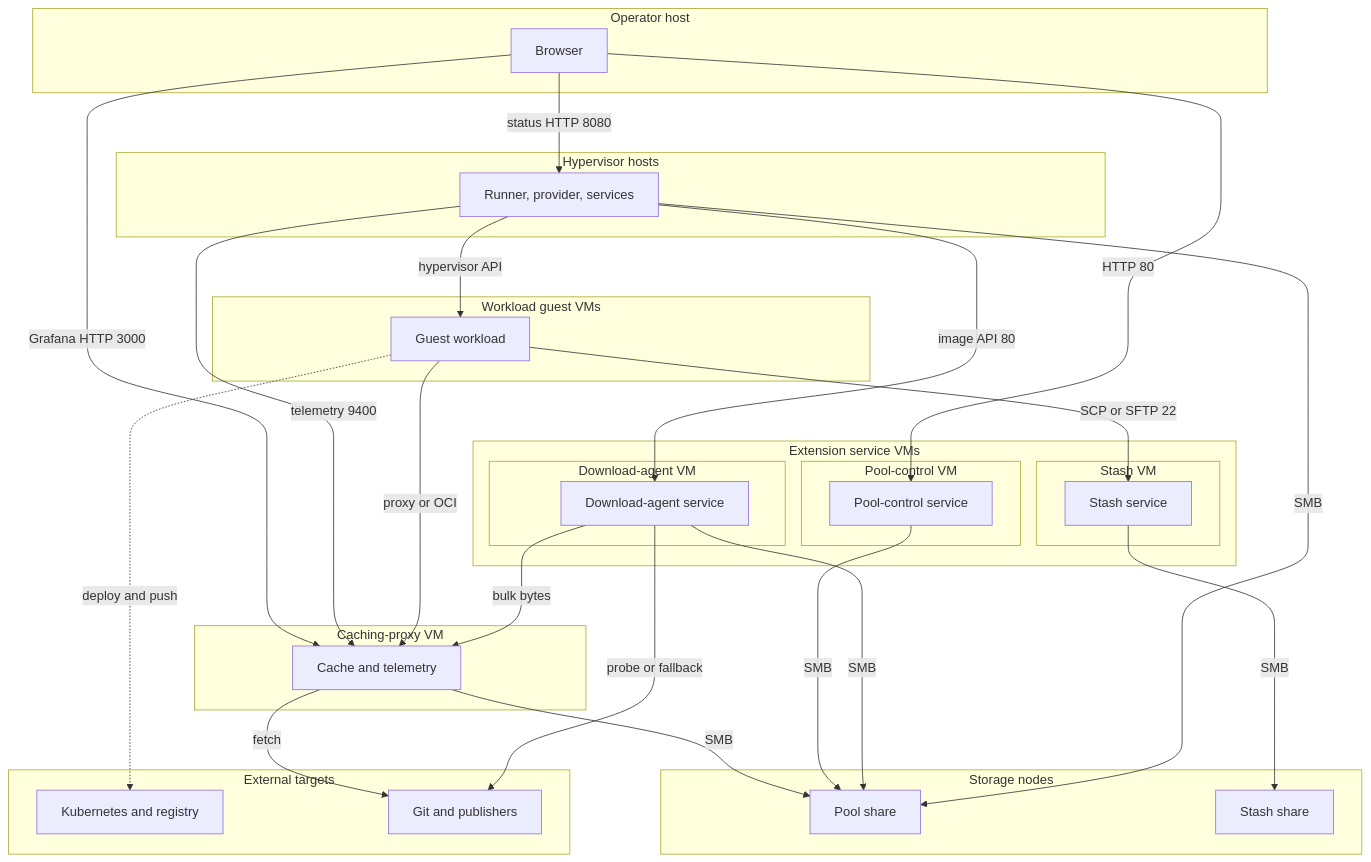
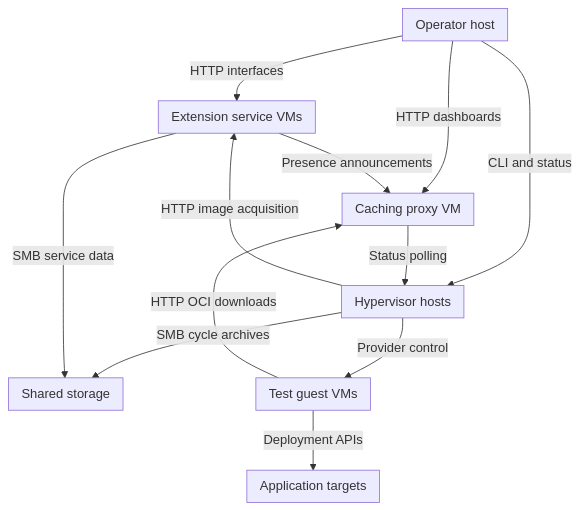
The first of 5 diagrams in docs/design/06-deployment.md (alissonsol/yuruna), drawn with Mermaid before and after one commit. The commit also changed other lines of this file and 763 other files, not shown here.

````diff
--- a/docs/design/06-deployment.md
+++ b/docs/design/06-deployment.md
@@ -13,52 +9,28 @@
 ```mermaid
 flowchart TB
-    subgraph operator["Operator host"]
-        test-status["Browser"]
+    subgraph operator-host["Operator host"]
     end
-    subgraph host["Hypervisor hosts"]
-        start-test-runner["Runner, provider, services"]
+    subgraph runner-host["Hypervisor hosts"]
     end
-    subgraph guest["Workload guest VMs"]
-        guest-workload["Guest workload"]
+    subgraph guest["Test guest VMs"]
     end
-    subgraph caching-proxy-service-vm["Caching-proxy VM"]
-        caching-proxy-service["Cache and telemetry"]
+    subgraph caching-proxy-service["Caching proxy VM"]
     end
-    subgraph test-extension["Extension service VMs"]
-        subgraph stash-service-vm["Stash VM"]
-            stash-service["Stash service"]
-        end
-        subgraph pool-control-service-vm["Pool-control VM"]
-            pool-control-service["Pool-control service"]
-        end
-        subgraph download-agent-service-vm["Download-agent VM"]
-            download-agent-service["Download-agent service"]
-        end
+    subgraph service-vms["Extension service VMs"]
     end
-    subgraph network-storage["Storage nodes"]
-        pool-storage["Pool share"]
-        stash-storage["Stash share"]
+    subgraph yuruna-pool["Shared storage"]
     end
-    subgraph global-resources["External targets"]
-        kubernetes["Kubernetes and registry"]
-        origin["Git and publishers"]
+    subgraph deployment-targets["Application targets"]
     end
-    test-status -->|status HTTP 8080| start-test-runner
-    test-status -->|Grafana HTTP 3000| caching-proxy-service
-    test-status -->|HTTP 80| pool-control-service
-    start-test-runner -->|hypervisor API| guest-workload
-    start-test-runner -->|telemetry 9400| caching-proxy-service
-    guest-workload -->|proxy or OCI| caching-proxy-service
-    start-test-runner -->|image API 80| download-agent-service
-    guest-workload -->|SCP or SFTP 22| stash-service
-    caching-proxy-service -->|SMB| pool-storage
-    pool-control-service -->|SMB| pool-storage
-    download-agent-service -->|SMB| pool-storage
-    stash-service -->|SMB| stash-storage
-    start-test-runner -->|SMB| pool-storage
-    caching-proxy-service -->|fetch| origin
-    download-agent-service -->|bulk bytes| caching-proxy-service
-    download-agent-service -->|probe or fallback| origin
-    %% optional: project configuration selects the deployment target
-    guest-workload -.->|deploy and push| kubernetes
+    operator-host -->|CLI and status| runner-host
+    runner-host -->|Provider control| guest
+    operator-host -->|HTTP dashboards| caching-proxy-service
+    operator-host -->|HTTP interfaces| service-vms
+    runner-host -->|HTTP image acquisition| service-vms
+    caching-proxy-service -->|Status polling| runner-host
+    guest -->|HTTP OCI downloads| caching-proxy-service
+    guest -->|Deployment APIs| deployment-targets
+    runner-host -->|SMB cycle archives| yuruna-pool
+    service-vms -->|SMB service data| yuruna-pool
+    service-vms -->|Presence announcements| caching-proxy-service
 ```
````
